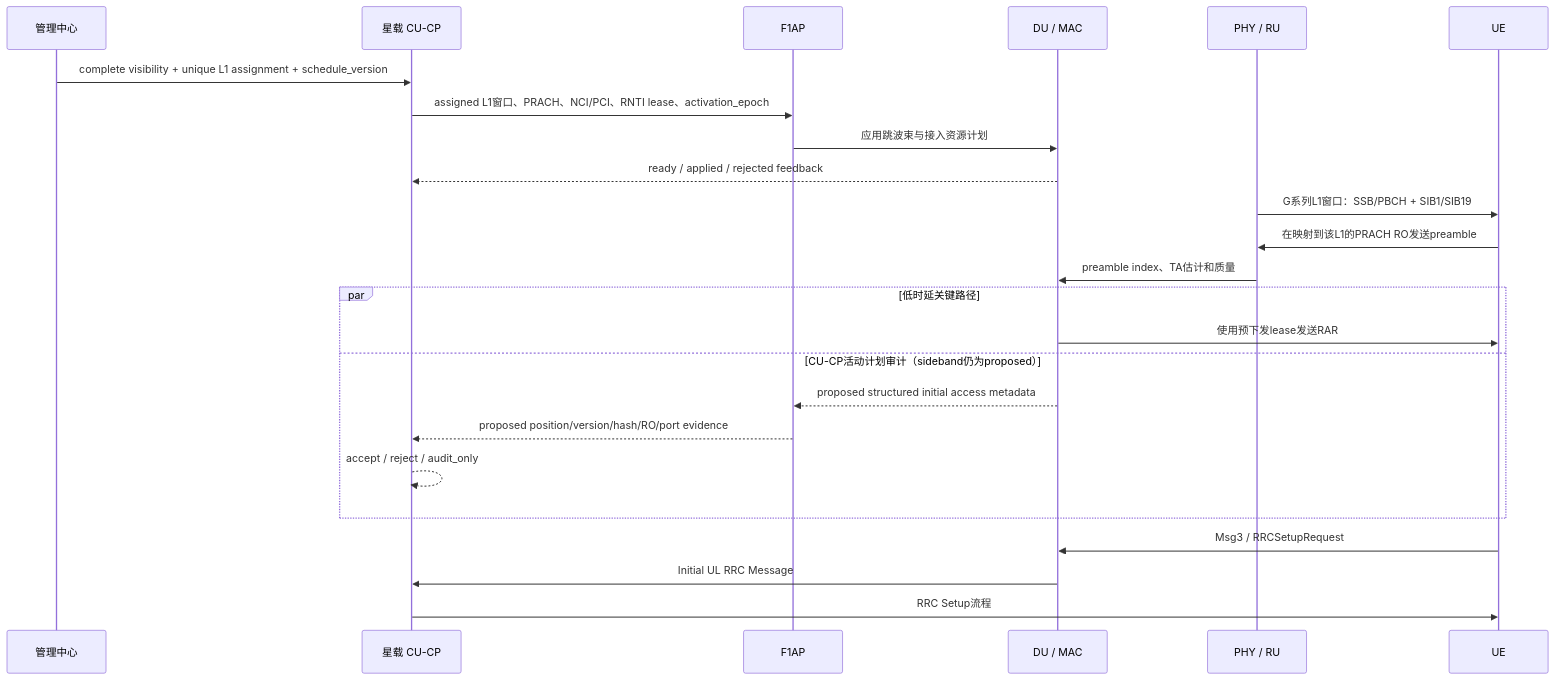
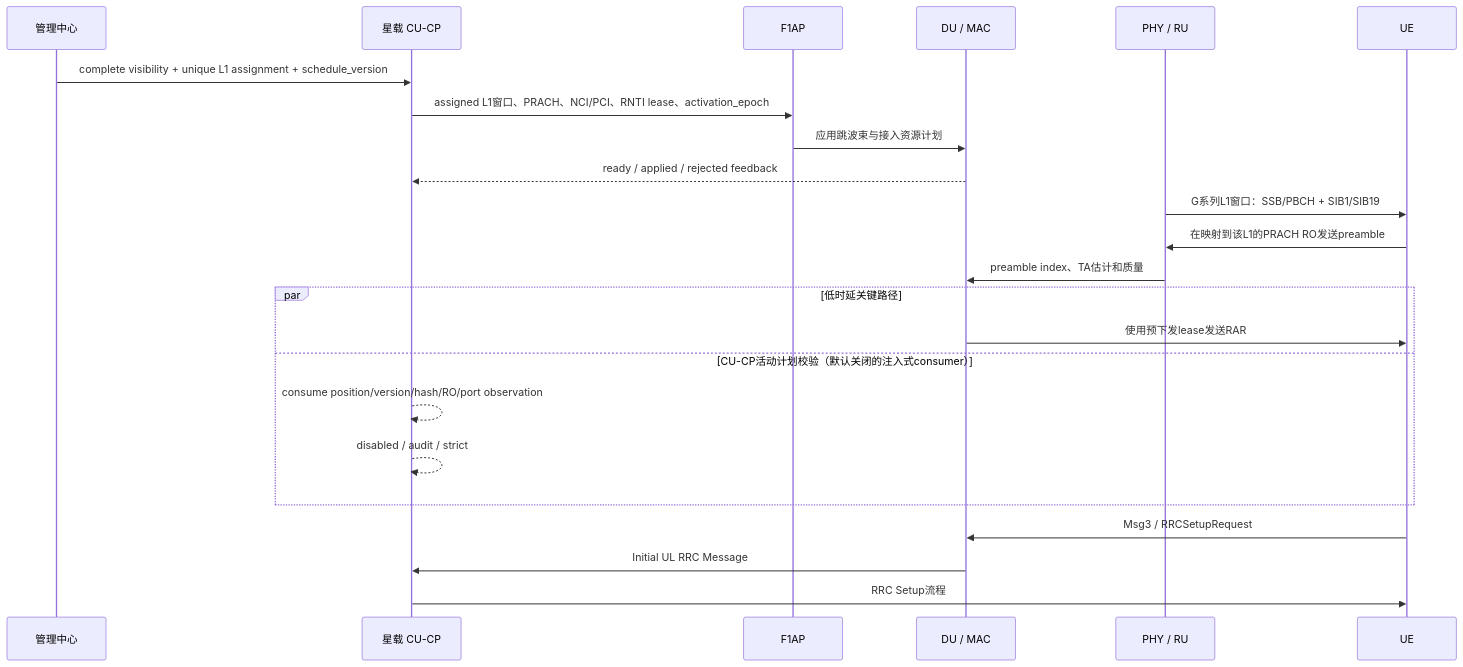
The diagram in docs/ntn_beam_hopping_access_plan.md (13730100881bu-bot/SrsRAN_NTN_G1), drawn with Mermaid before and after one commit. The commit also changed other lines of this file and 9 other files, not shown here.

Commit message:
docs(ntn): record initial ul position consumer boundary

````diff
--- a/docs/ntn_beam_hopping_access_plan.md
+++ b/docs/ntn_beam_hopping_access_plan.md
@@ -82,27 +82,26 @@
 ```mermaid
 sequenceDiagram
     participant MC as 管理中心
     participant CU as 星载 CU-CP
     participant F1 as F1AP
     participant DU as DU / MAC
     participant PHY as PHY / RU
     participant UE as UE
 
     MC->>CU: complete visibility + unique L1 assignment + schedule_version
     CU->>F1: assigned L1窗口、PRACH、NCI/PCI、RNTI lease、activation_epoch
     F1->>DU: 应用跳波束与接入资源计划
     DU-->>CU: ready / applied / rejected feedback
     PHY->>UE: G系列L1窗口：SSB/PBCH + SIB1/SIB19
     UE->>PHY: 在映射到该L1的PRACH RO发送preamble
     PHY->>DU: preamble index、TA估计和质量
     par 低时延关键路径
         DU->>UE: 使用预下发lease发送RAR
-    and CU-CP活动计划审计（sideband仍为proposed）
-        DU-->>F1: proposed structured initial access metadata
-        F1-->>CU: proposed position/version/hash/RO/port evidence
-        CU-->>CU: accept / reject / audit_only
+    and CU-CP活动计划校验（默认关闭的注入式consumer）
+        CU-->>CU: consume position/version/hash/RO/port observation
+        CU-->>CU: disabled / audit / strict
     end
     UE->>DU: Msg3 / RRCSetupRequest
     DU->>CU: Initial UL RRC Message
     CU->>UE: RRC Setup流程
 ```
````
